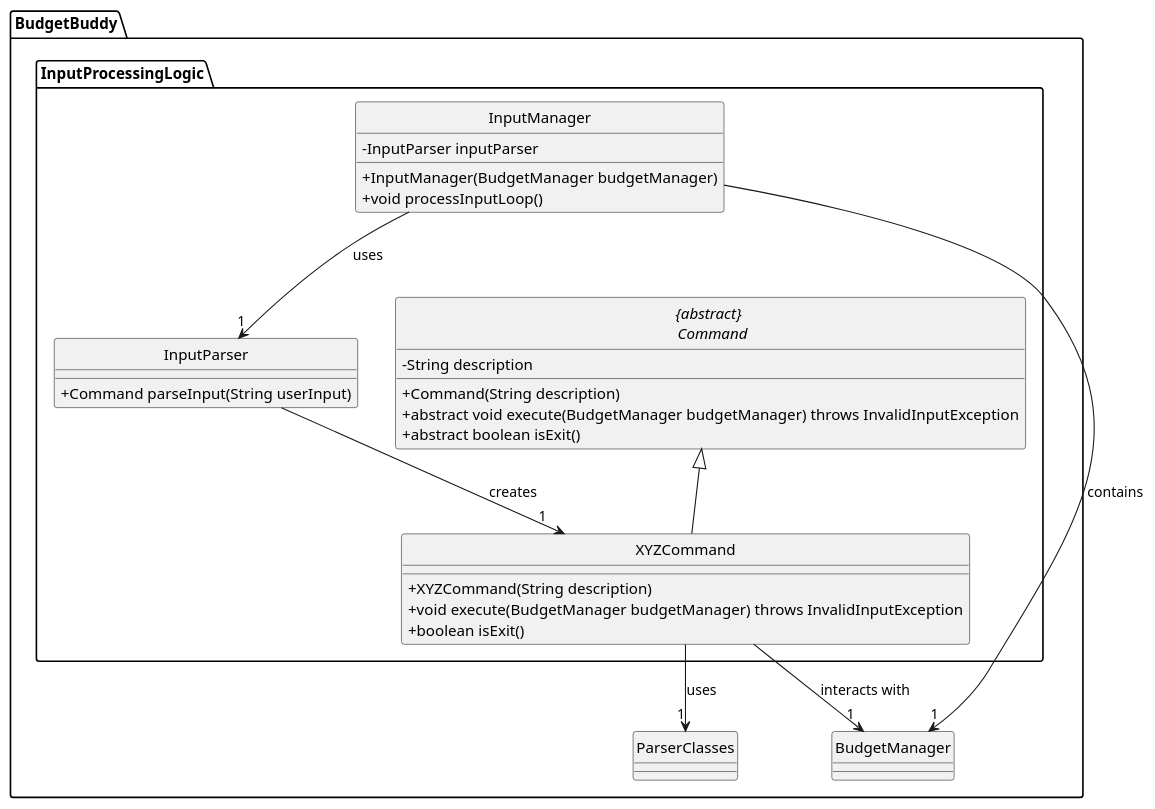
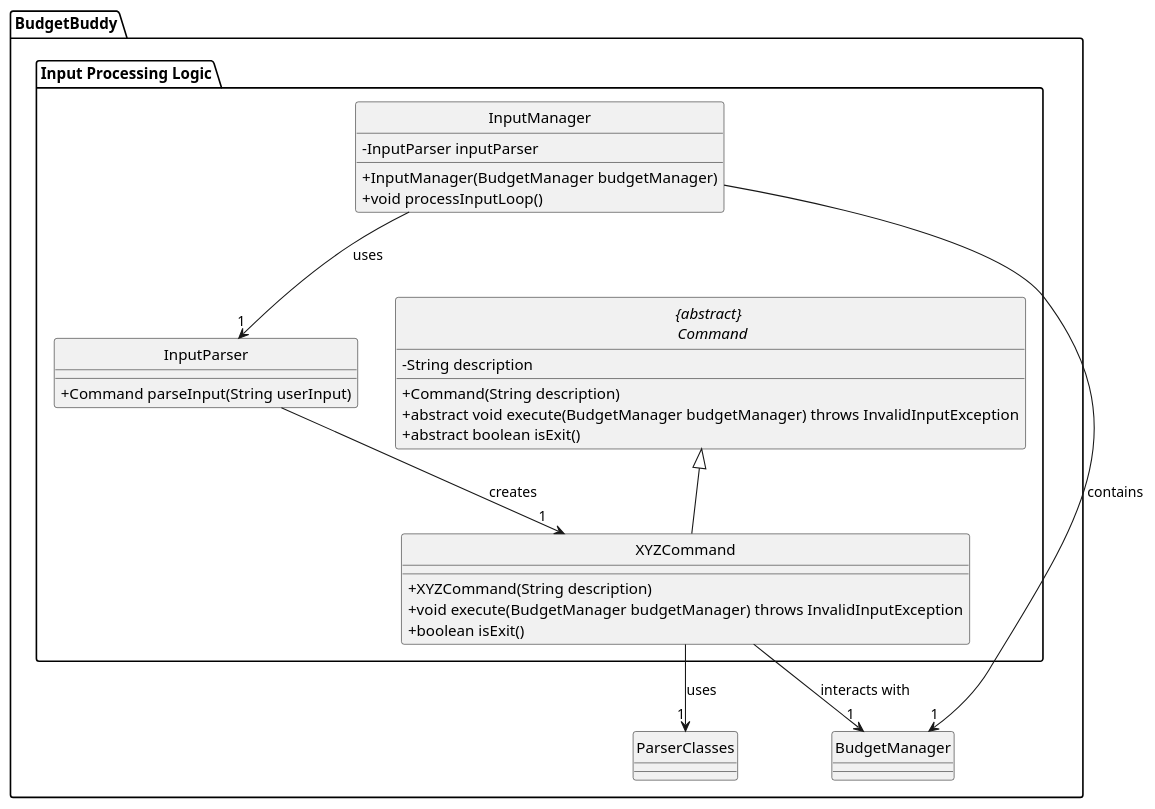
One commit to AY2425S2-CS2113-T12-4/tp changed the diagram in docs/diagrams/CommandClassDiagram.puml. Above: the diagram before and after it, drawn with PlantUML. The commit also changed 13 other files, not shown here.

Commit message:
Add diagrams to DG, update UG and PPP, and fix bug in edit expense function

```diff
--- a/docs/diagrams/CommandClassDiagram.puml
+++ b/docs/diagrams/CommandClassDiagram.puml
@@ -1,51 +1,51 @@
 @startuml
 
 hide circle
 skinparam classAttributeIconSize 0
 
 package "BudgetBuddy"{
-package "InputProcessingLogic"{
+package "Input Processing Logic"{
 abstract class "{abstract} \n Command" {
     -String description
     +Command(String description)
     +abstract void execute(BudgetManager budgetManager) throws InvalidInputException
     +abstract boolean isExit()
 }
 
 ' Placeholder for concrete command classes
 class XYZCommand {
     +XYZCommand(String description)
     +void execute(BudgetManager budgetManager) throws InvalidInputException
     +boolean isExit()
 }
 
 ' Relationship between Command and XYZCommand
 "{abstract} \n Command" <|-- XYZCommand
 
 
 
 
 ' InputParser class (creates commands)
 class InputParser {
     +Command parseInput(String userInput)
 }
 
 ' InputManager class (manages input and execution)
 class InputManager {
     -InputParser inputParser
     +InputManager(BudgetManager budgetManager)
     +void processInputLoop()
 }
 }
 
 class ParserClasses{}
 
 class BudgetManager {}
 }
 ' Relationships
 InputManager --> "1"InputParser : uses
 InputParser --> "1"XYZCommand : creates
 XYZCommand --> "1"BudgetManager : interacts with
 InputManager --> "1"BudgetManager : contains
 XYZCommand --> "1"ParserClasses : uses
 @enduml
```
